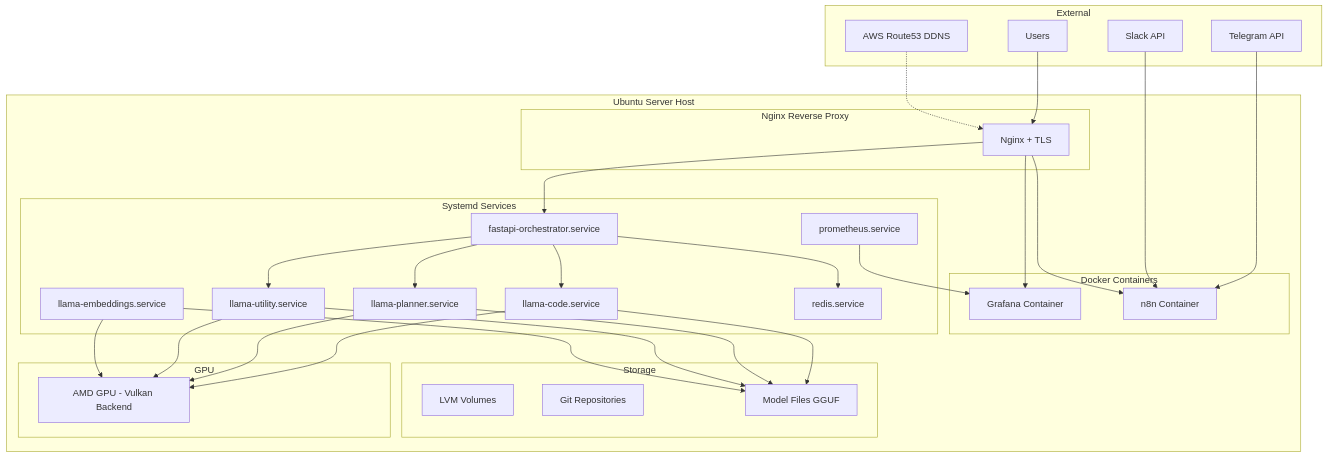
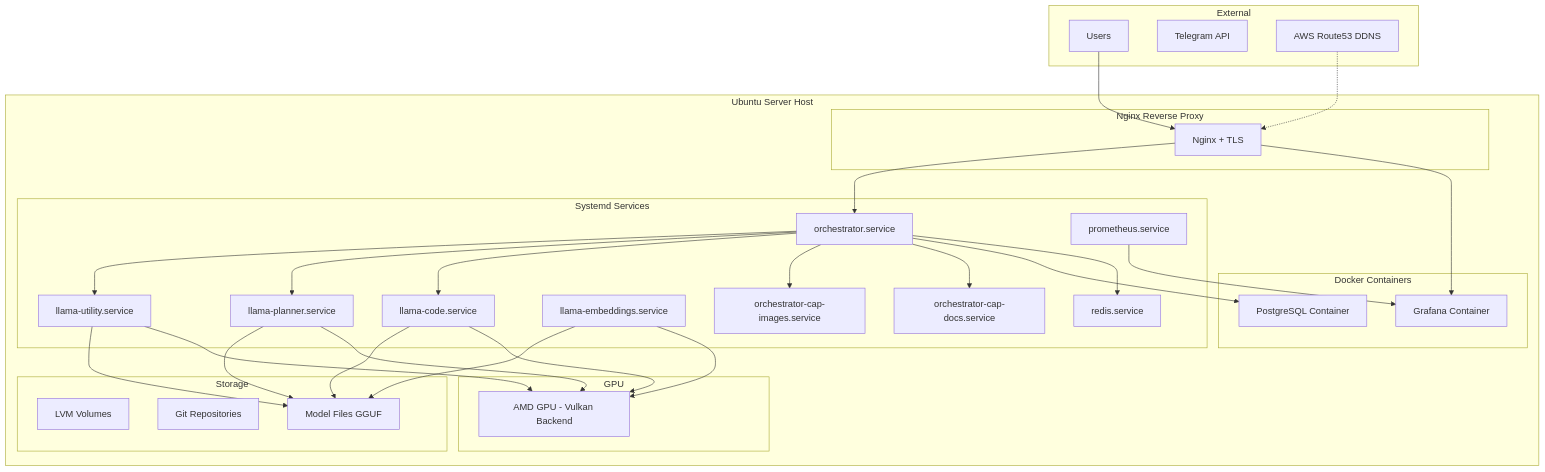
The third of 3 diagrams in docs/architecture/overview.md (stratecode/ia-lab), drawn with Mermaid before and after one commit. The commit also changed other lines of this file and 119 other files, not shown here.

````diff
--- a/docs/architecture/overview.md
+++ b/docs/architecture/overview.md
@@ -193,61 +199,62 @@
 ```mermaid
 graph TB
     subgraph "Ubuntu Server Host"
         subgraph "Nginx Reverse Proxy"
             NGINX_SVC[Nginx + TLS]
         end
 
         subgraph "Docker Containers"
             GRAFANA_C[Grafana Container]
-            N8N_C[n8n Container]
+            POSTGRES_C[PostgreSQL Container]
         end
 
         subgraph "Systemd Services"
             LLAMA_SVC1[llama-code.service]
             LLAMA_SVC2[llama-planner.service]
             LLAMA_SVC3[llama-utility.service]
             LLAMA_SVC4[llama-embeddings.service]
-            FASTAPI_SVC[fastapi-orchestrator.service]
+            ORCHGO_SVC[orchestrator.service]
+            DOCS_SIDECAR[orchestrator-cap-docs.service]
+            IMAGES_SIDECAR[orchestrator-cap-images.service]
             REDIS_SVC[redis.service]
             PROM_SVC[prometheus.service]
         end
 
         subgraph "Storage"
             LVM[LVM Volumes]
             GIT_REPOS[Git Repositories]
             MODELS[Model Files GGUF]
         end
 
         subgraph "GPU"
             VULKAN[AMD GPU - Vulkan Backend]
         end
     end
 
     subgraph "External"
         USERS[Users]
         TELEGRAM_API[Telegram API]
-        SLACK_API[Slack API]
         ROUTE53[AWS Route53 DDNS]
     end
 
     USERS --> NGINX_SVC
-    TELEGRAM_API --> N8N_C
-    SLACK_API --> N8N_C
     NGINX_SVC --> GRAFANA_C
-    NGINX_SVC --> FASTAPI_SVC
-    NGINX_SVC --> N8N_C
-    FASTAPI_SVC --> REDIS_SVC
-    FASTAPI_SVC --> LLAMA_SVC1
-    FASTAPI_SVC --> LLAMA_SVC2
-    FASTAPI_SVC --> LLAMA_SVC3
+    NGINX_SVC --> ORCHGO_SVC
+    ORCHGO_SVC --> REDIS_SVC
+    ORCHGO_SVC --> POSTGRES_C
+    ORCHGO_SVC --> DOCS_SIDECAR
+    ORCHGO_SVC --> IMAGES_SIDECAR
+    ORCHGO_SVC --> LLAMA_SVC1
+    ORCHGO_SVC --> LLAMA_SVC2
+    ORCHGO_SVC --> LLAMA_SVC3
     LLAMA_SVC1 --> VULKAN
     LLAMA_SVC2 --> VULKAN
     LLAMA_SVC3 --> VULKAN
     LLAMA_SVC4 --> VULKAN
     LLAMA_SVC1 --> MODELS
     LLAMA_SVC2 --> MODELS
     LLAMA_SVC3 --> MODELS
     LLAMA_SVC4 --> MODELS
     PROM_SVC --> GRAFANA_C
     ROUTE53 -.-> NGINX_SVC
 ```
````
